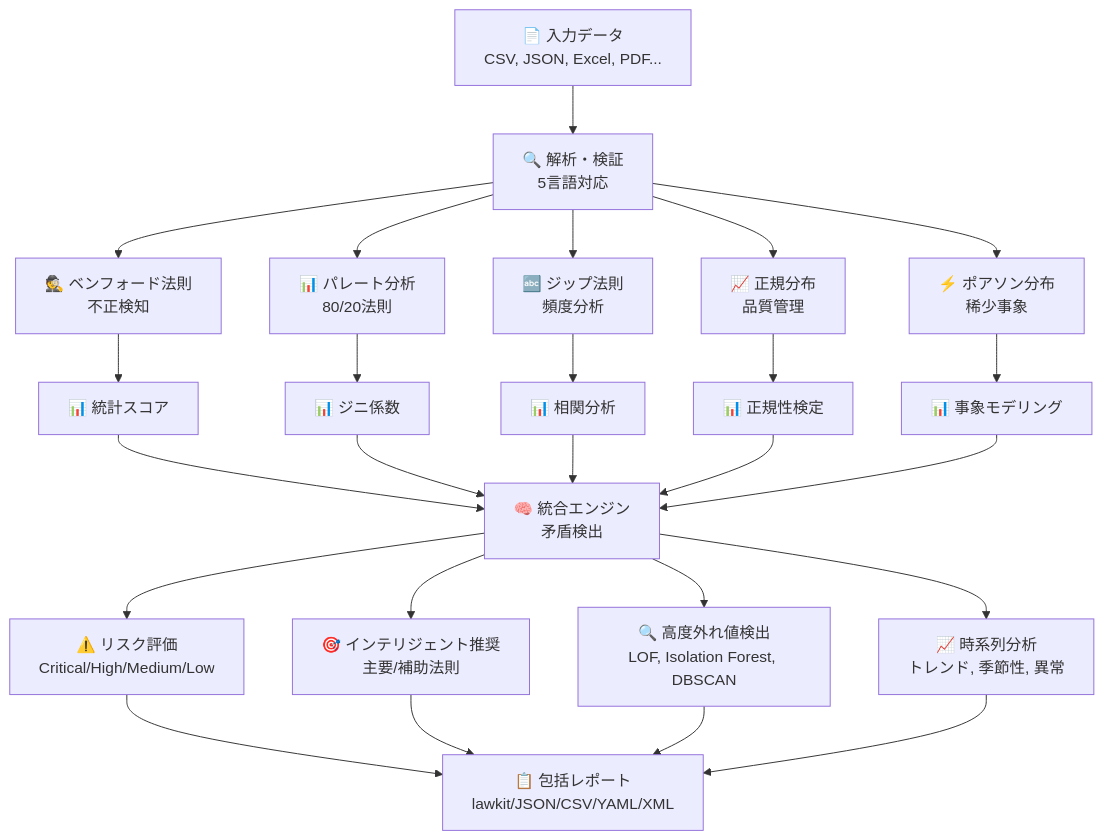
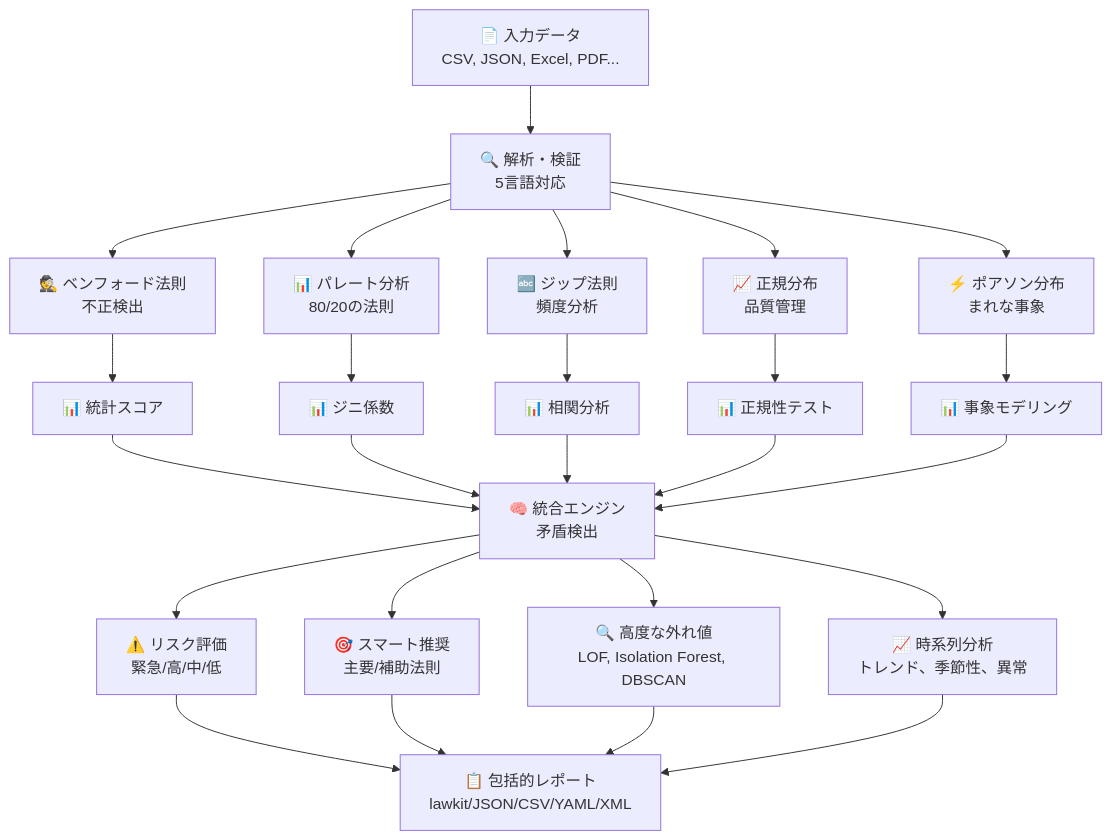
Before and after one commit to kako-jun/lawkit: the first of 3 diagrams in README_ja.md, drawn with Mermaid. The commit also changed other lines of this file and 39 other files, not shown here.

First line of the commit message:
update: Matrix 1 translation progress - completed architecture files

````diff
--- a/README_ja.md
+++ b/README_ja.md
@@ -102,32 +102,32 @@
 ```mermaid
 graph TB
     A[📄 入力データ<br/>CSV, JSON, Excel, PDF...] --> B[🔍 解析・検証<br/>5言語対応]
     
-    B --> C1[🕵️ ベンフォード法則<br/>不正検知]
-    B --> C2[📊 パレート分析<br/>80/20法則]
+    B --> C1[🕵️ ベンフォード法則<br/>不正検出]
+    B --> C2[📊 パレート分析<br/>80/20の法則]
     B --> C3[🔤 ジップ法則<br/>頻度分析]
     B --> C4[📈 正規分布<br/>品質管理]
-    B --> C5[⚡ ポアソン分布<br/>稀少事象]
+    B --> C5[⚡ ポアソン分布<br/>まれな事象]
     
     C1 --> D1[📊 統計スコア]
     C2 --> D2[📊 ジニ係数]
     C3 --> D3[📊 相関分析]
-    C4 --> D4[📊 正規性検定]
+    C4 --> D4[📊 正規性テスト]
     C5 --> D5[📊 事象モデリング]
     
     D1 --> E[🧠 統合エンジン<br/>矛盾検出]
     D2 --> E
     D3 --> E
     D4 --> E
     D5 --> E
     
-    E --> F1[⚠️ リスク評価<br/>Critical/High/Medium/Low]
-    E --> F2[🎯 インテリジェント推奨<br/>主要/補助法則]
-    E --> F3[🔍 高度外れ値検出<br/>LOF, Isolation Forest, DBSCAN]
-    E --> F4[📈 時系列分析<br/>トレンド, 季節性, 異常]
+    E --> F1[⚠️ リスク評価<br/>緊急/高/中/低]
+    E --> F2[🎯 スマート推奨<br/>主要/補助法則]
+    E --> F3[🔍 高度な外れ値<br/>LOF, Isolation Forest, DBSCAN]
+    E --> F4[📈 時系列分析<br/>トレンド、季節性、異常]
     
-    F1 --> G[📋 包括レポート<br/>lawkit/JSON/CSV/YAML/XML]
+    F1 --> G[📋 包括的レポート<br/>lawkit/JSON/CSV/YAML/XML]
     F2 --> G
     F3 --> G
     F4 --> G
 ```
````
